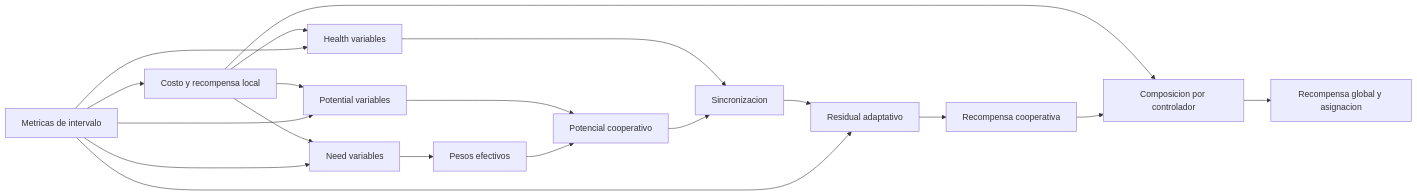
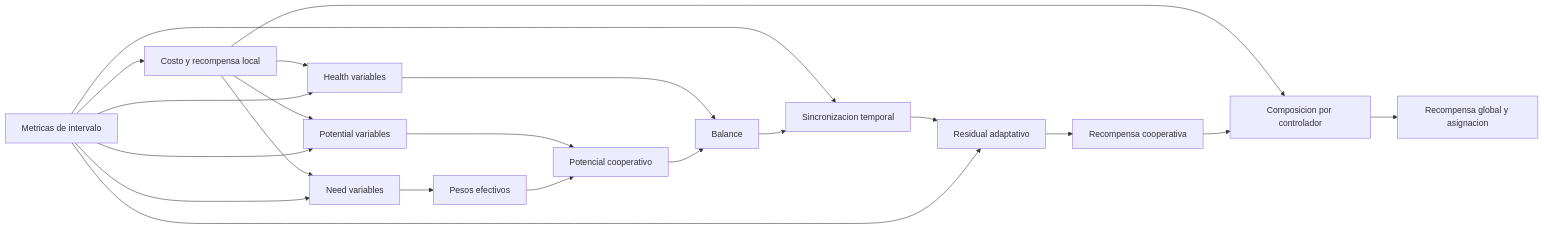
The diagram in docs/03_guia_configuracion_declarativa_recompensa.md (davor-ibarra/RL_6_SimpleSystemSimulator_v2), drawn with Mermaid before and after one commit. The commit also changed other lines of this file and 9 other files, not shown here.

````diff
--- a/docs/03_guia_configuracion_declarativa_recompensa.md
+++ b/docs/03_guia_configuracion_declarativa_recompensa.md
@@ -39,21 +40,23 @@
 ```mermaid
 flowchart LR
     M["Metricas de intervalo"] --> L["Costo y recompensa local"]
     L --> P["Potential variables"]
     M --> P
     L --> N["Need variables"]
     M --> N
     L --> H["Health variables"]
     M --> H
     P --> CP["Potencial cooperativo"]
     N --> W["Pesos efectivos"]
     W --> CP
-    H --> S["Sincronizacion"]
-    CP --> S
+    H --> B["Balance"]
+    CP --> B
+    M --> S["Sincronizacion temporal"]
+    B --> S
     S --> AR["Residual adaptativo"]
     M --> AR
     AR --> CR["Recompensa cooperativa"]
     L --> C["Composicion por controlador"]
     CR --> C
     C --> G["Recompensa global y asignacion"]
 ```
````
